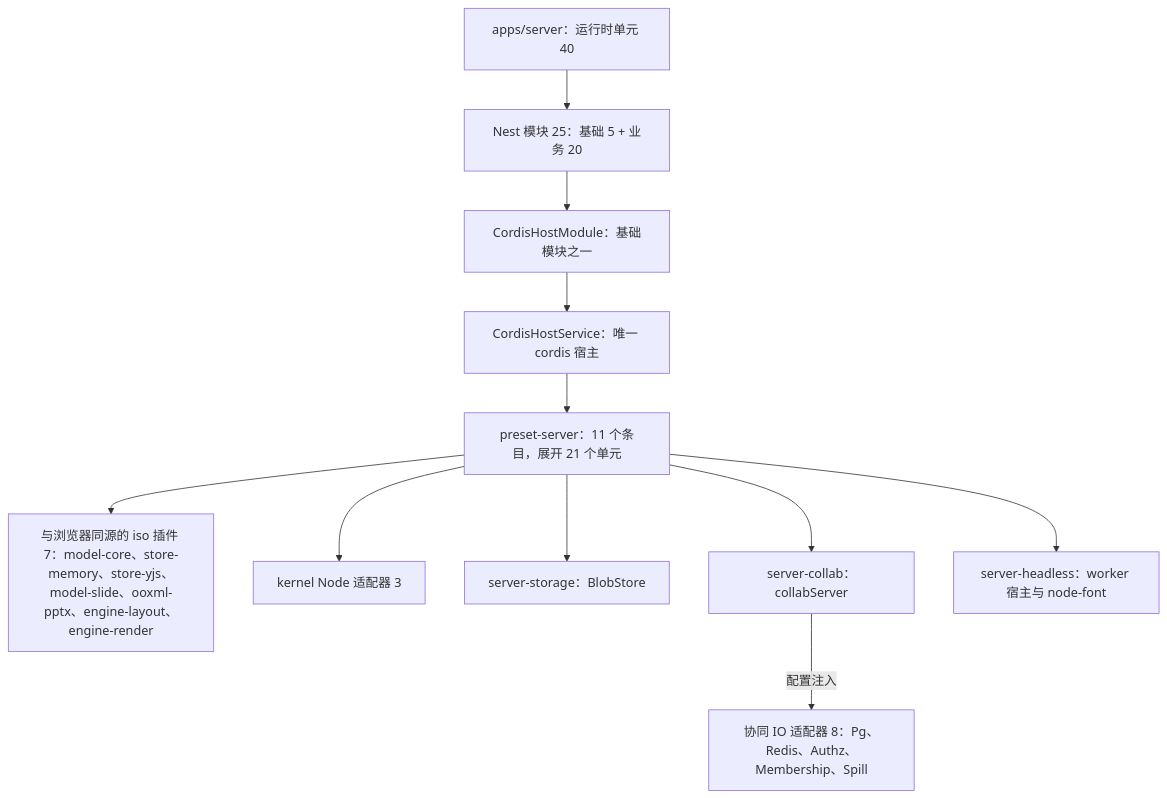
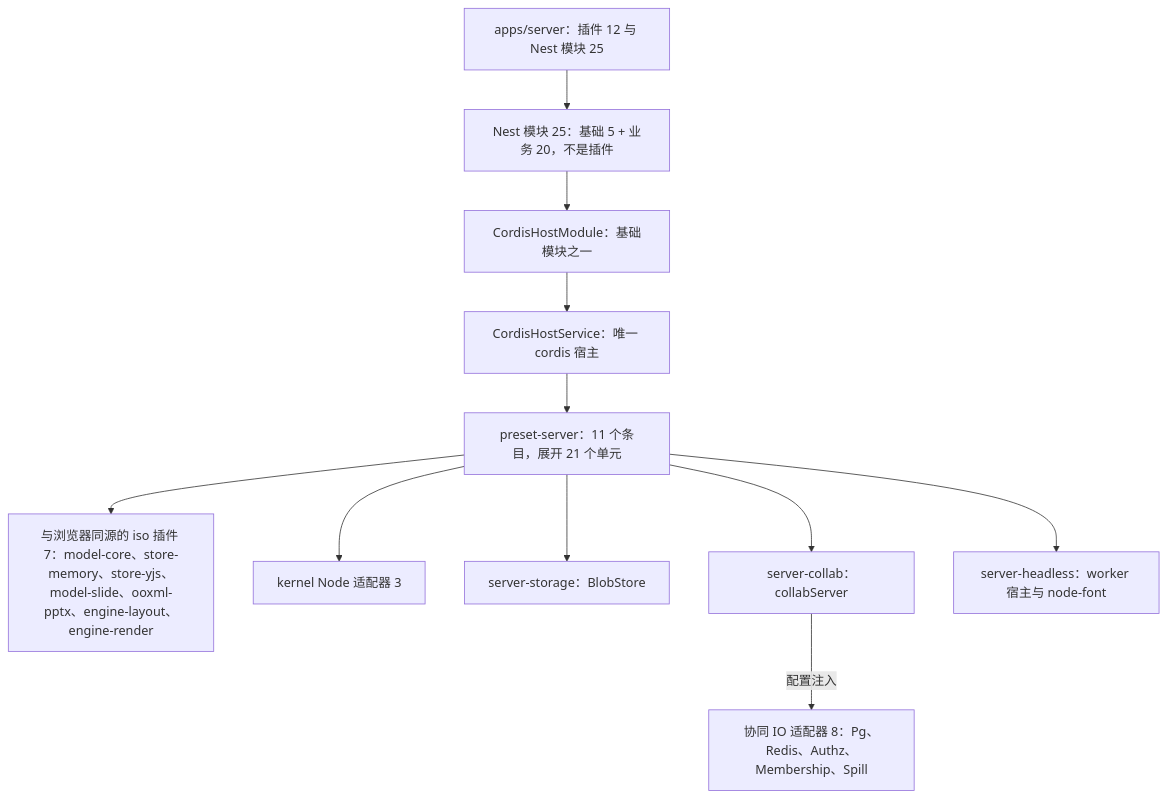
The ninth of 17 diagrams in docs/60-backend/01-service-overview-and-roles.md (Xeonice/cordis-ppt-editor), drawn with Mermaid before and after one commit. The commit also changed other lines of this file and 15 other files, not shown here.

````diff
--- a/docs/60-backend/01-service-overview-and-roles.md
+++ b/docs/60-backend/01-service-overview-and-roles.md
@@ -453,24 +453,24 @@
 ```mermaid
 flowchart TB
-  app["apps/server：运行时单元 40"]
-  nest["Nest 模块 25：基础 5 + 业务 20"]
+  app["apps/server：插件 12 与 Nest 模块 25"]
+  nest["Nest 模块 25：基础 5 + 业务 20，不是插件"]
   hostMod["CordisHostModule：基础模块之一"]
   host["CordisHostService：唯一 cordis 宿主"]
   preset["preset-server：11 个条目，展开 21 个单元"]
   iso["与浏览器同源的 iso 插件 7：model-core、store-memory、store-yjs、model-slide、ooxml-pptx、engine-layout、engine-render"]
   adapters["kernel Node 适配器 3"]
   storage["server-storage：BlobStore"]
   collabSrv["server-collab：collabServer"]
   io["协同 IO 适配器 8：Pg、Redis、Authz、Membership、Spill"]
   headless["server-headless：worker 宿主与 node-font"]
   app --> nest
   nest --> hostMod
   hostMod --> host
   host --> preset
   preset --> iso
   preset --> adapters
   preset --> storage
   preset --> collabSrv
   collabSrv -->|"配置注入"| io
   preset --> headless
 ```
````
